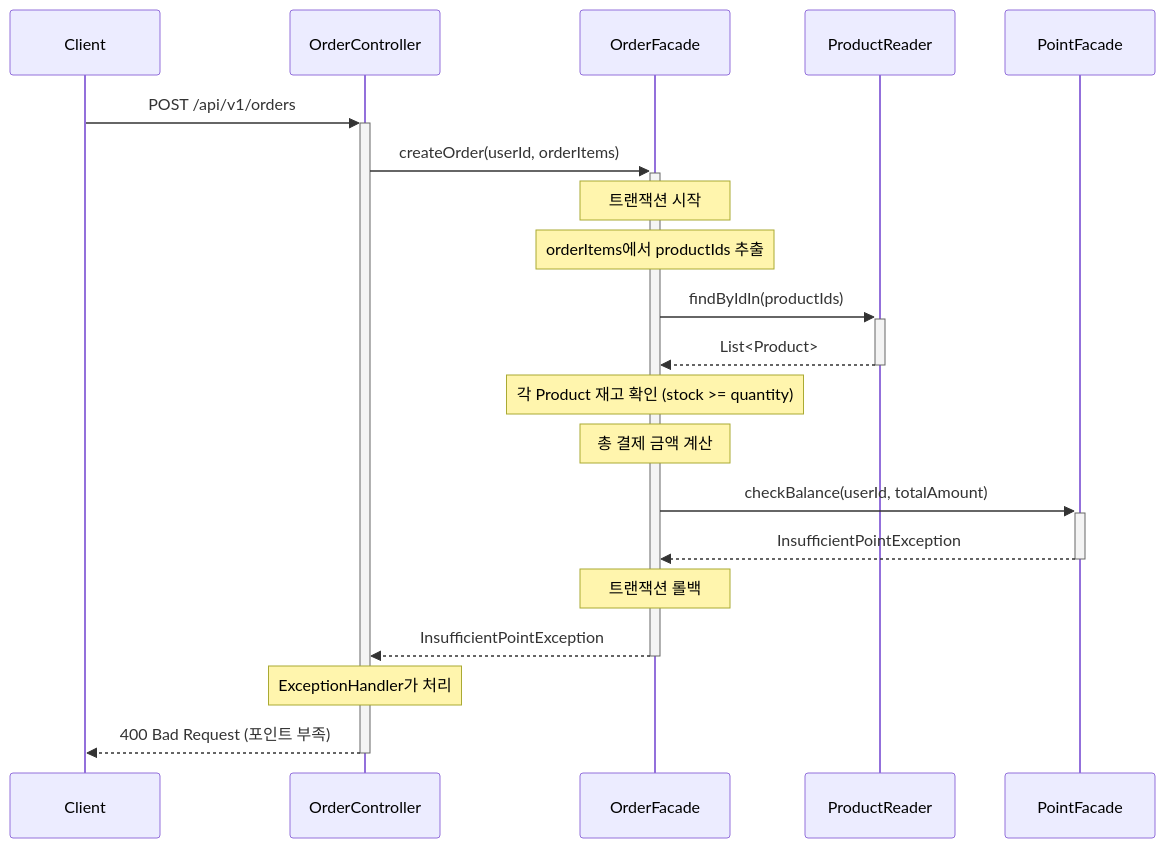
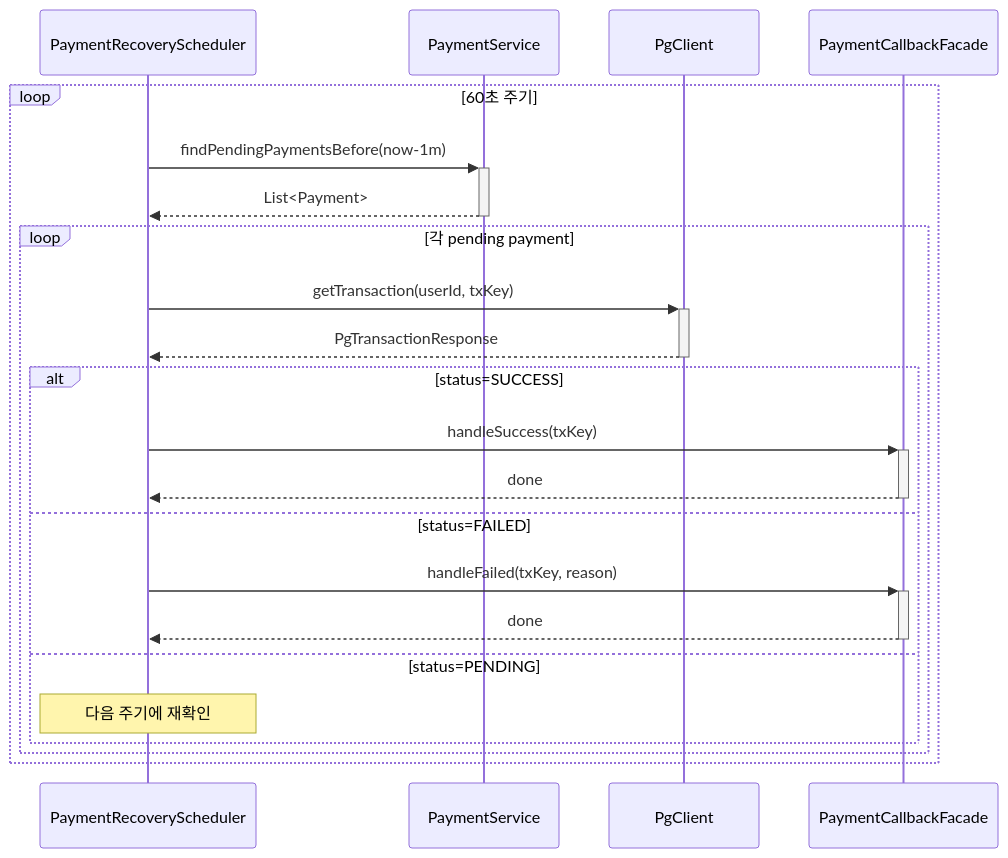
The seventh of 10 diagrams in docs/design/02-sequence-diagrams.md (JeonJe/commerce-backend), drawn with Mermaid before and after one commit. The commit also changed other lines of this file and 9 other files, not shown here.

````diff
--- a/docs/design/02-sequence-diagrams.md
+++ b/docs/design/02-sequence-diagrams.md
@@ -557,30 +305,27 @@
 ```mermaid
 sequenceDiagram
-    participant Client
-    participant OrderController
-    participant OrderFacade
-    participant ProductReader
-    participant PointFacade
+    participant Scheduler as PaymentRecoveryScheduler
+    participant PaymentService
+    participant PgClient
+    participant CallbackFacade as PaymentCallbackFacade
 
-    Client->>+OrderController: POST /api/v1/orders
+    loop 60초 주기
+        Scheduler->>+PaymentService: findPendingPaymentsBefore(now-1m)
+        PaymentService-->>-Scheduler: List<Payment>
 
-    OrderController->>+OrderFacade: createOrder(userId, orderItems)
+        loop 각 pending payment
+            Scheduler->>+PgClient: getTransaction(userId, txKey)
+            PgClient-->>-Scheduler: PgTransactionResponse
 
-    Note over OrderFacade: 트랜잭션 시작
-
-    Note over OrderFacade: orderItems에서 productIds 추출
-    OrderFacade->>+ProductReader: findByIdIn(productIds)
-    ProductReader-->>-OrderFacade: List<Product>
-
-    Note over OrderFacade: 각 Product 재고 확인 (stock >= quantity)
-    Note over OrderFacade: 총 결제 금액 계산
-
-    OrderFacade->>+PointFacade: checkBalance(userId, totalAmount)
-    PointFacade-->>-OrderFacade: InsufficientPointException
-
-    Note over OrderFacade: 트랜잭션 롤백
-
-    OrderFacade-->>-OrderController: InsufficientPointException
-    Note over OrderController: ExceptionHandler가 처리
-    OrderController-->>-Client: 400 Bad Request (포인트 부족)
+            alt status=SUCCESS
+                Scheduler->>+CallbackFacade: handleSuccess(txKey)
+                CallbackFacade-->>-Scheduler: done
+            else status=FAILED
+                Scheduler->>+CallbackFacade: handleFailed(txKey, reason)
+                CallbackFacade-->>-Scheduler: done
+            else status=PENDING
+                Note over Scheduler: 다음 주기에 재확인
+            end
+        end
+    end
 ```
````
